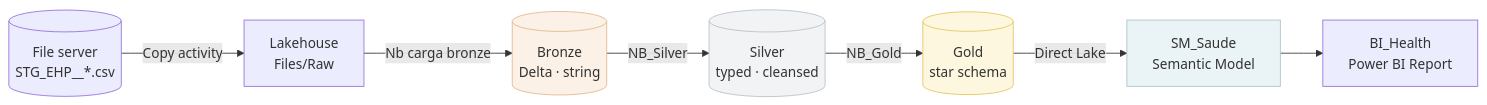
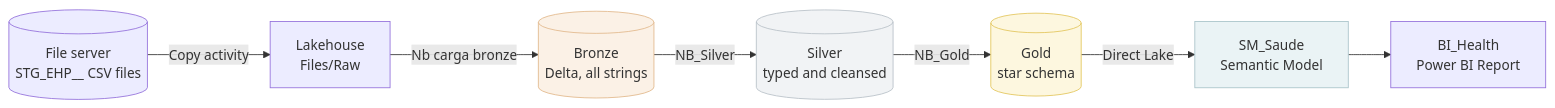
The first of 2 diagrams in README.md (juliocbarros/health-data-fabric), drawn with Mermaid before and after one commit.

Commit message:
docs: fix Mermaid architecture diagram

````diff
--- a/README.md
+++ b/README.md
@@ -58,14 +58,14 @@
 ```mermaid
 flowchart LR
-    A[(File server<br/>STG_EHP__*.csv)] -->|Copy activity| B[Lakehouse<br/>Files/Raw]
-    B -->|Nb carga bronze| C[(Bronze<br/>Delta · string)]
-    C -->|NB_Silver| D[(Silver<br/>typed · cleansed)]
-    D -->|NB_Gold| E[(Gold<br/>star schema)]
-    E -->|Direct Lake| F[SM_Saude<br/>Semantic Model]
-    F --> G[BI_Health<br/>Power BI Report]
+    A[("File server<br/>STG_EHP__ CSV files")] -->|Copy activity| B["Lakehouse<br/>Files/Raw"]
+    B -->|Nb carga bronze| C[("Bronze<br/>Delta, all strings")]
+    C -->|NB_Silver| D[("Silver<br/>typed and cleansed")]
+    D -->|NB_Gold| E[("Gold<br/>star schema")]
+    E -->|Direct Lake| F["SM_Saude<br/>Semantic Model"]
+    F --> G["BI_Health<br/>Power BI Report"]
 
     style C fill:#fbf1e6,stroke:#e2b98c
     style D fill:#f1f3f5,stroke:#b9c1c8
     style E fill:#fdf7df,stroke:#e3c65c
     style F fill:#eaf3f5,stroke:#a9c3c9
 ```
````
